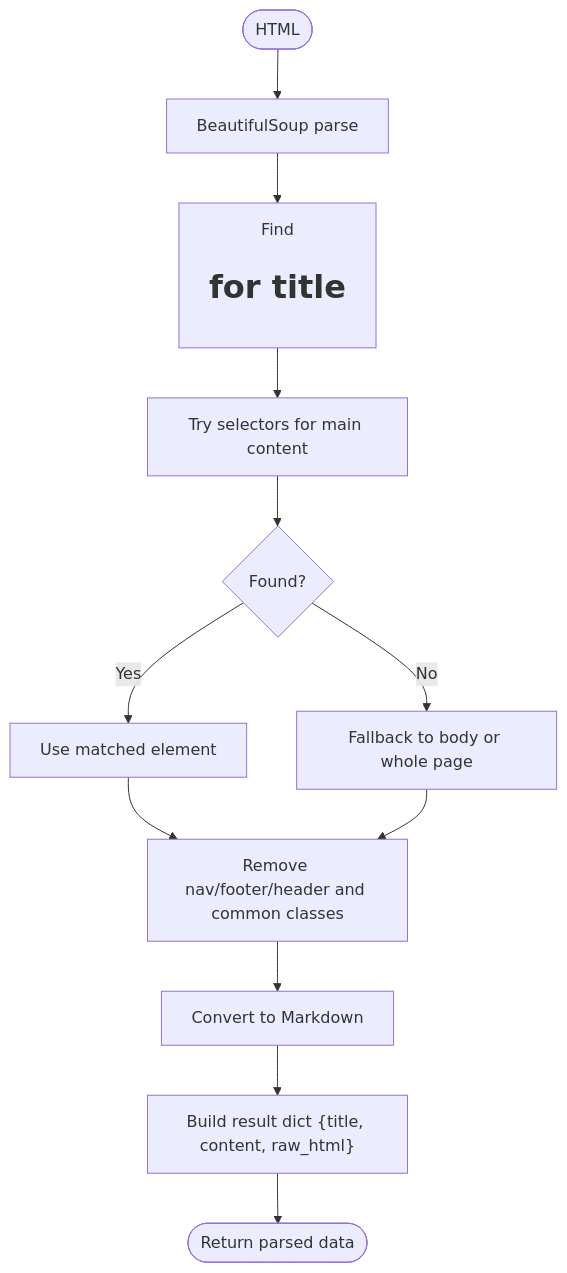
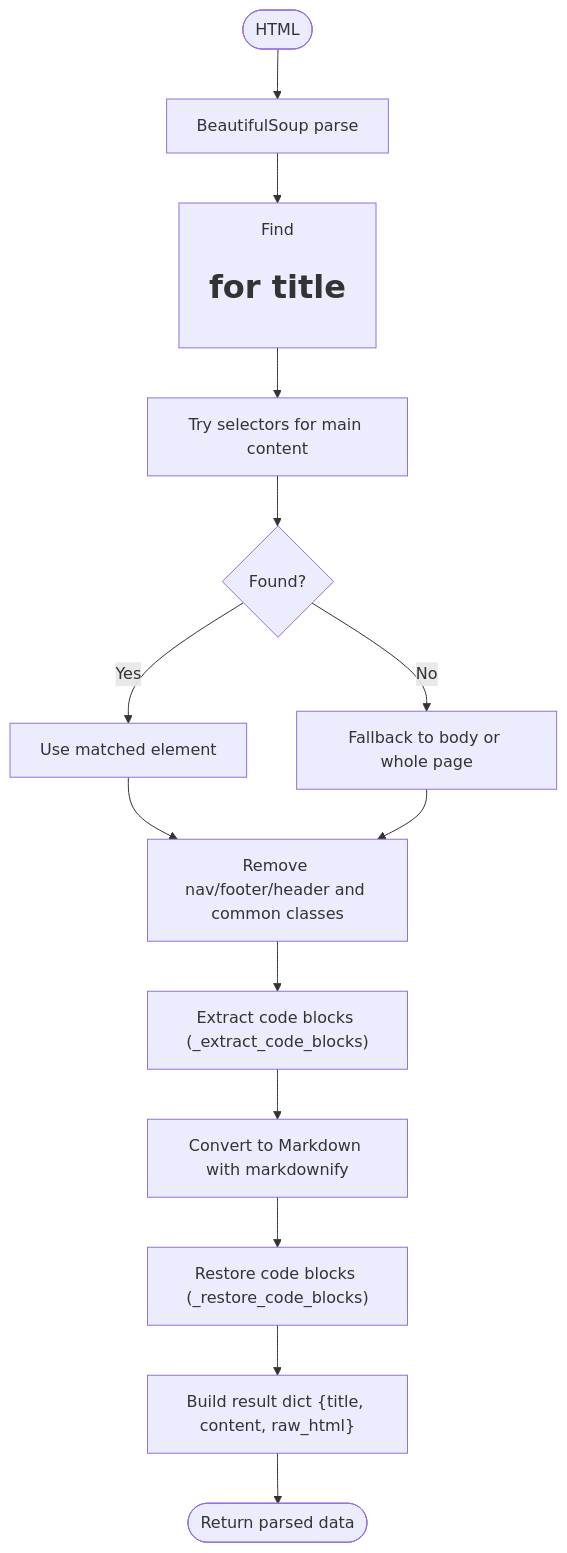
One commit to cr8ivecodesmith/pico-css-docs changed the fifth of 9 diagrams in .qoder/repowiki/en/content/Core Architecture/Scraping Engine.md. Above: the diagram before and after it, drawn with Mermaid. The commit also changed other lines of this file and 5 other files, not shown here.

````diff
--- a/.qoder/repowiki/en/content/Core Architecture/Scraping Engine.md
+++ b/.qoder/repowiki/en/content/Core Architecture/Scraping Engine.md
@@ -187,14 +216,16 @@
 ```mermaid
 flowchart TD
 Start(["HTML"]) --> Soup["BeautifulSoup parse"]
 Soup --> Title["Find <h1> for title"]
 Title --> Selectors["Try selectors for main content"]
 Selectors --> Found{"Found?"}
 Found --> |Yes| Use["Use matched element"]
 Found --> |No| Fallback["Fallback to body or whole page"]
 Use --> Clean["Remove nav/footer/header and common classes"]
 Fallback --> Clean
-Clean --> MD["Convert to Markdown"]
-MD --> Build["Build result dict {title, content, raw_html}"]
+Clean --> Extract["Extract code blocks (_extract_code_blocks)"]
+Extract --> MD["Convert to Markdown with markdownify"]
+MD --> Restore["Restore code blocks (_restore_code_blocks)"]
+Restore --> Build["Build result dict {title, content, raw_html}"]
 Build --> Done(["Return parsed data"])
 ```
````
